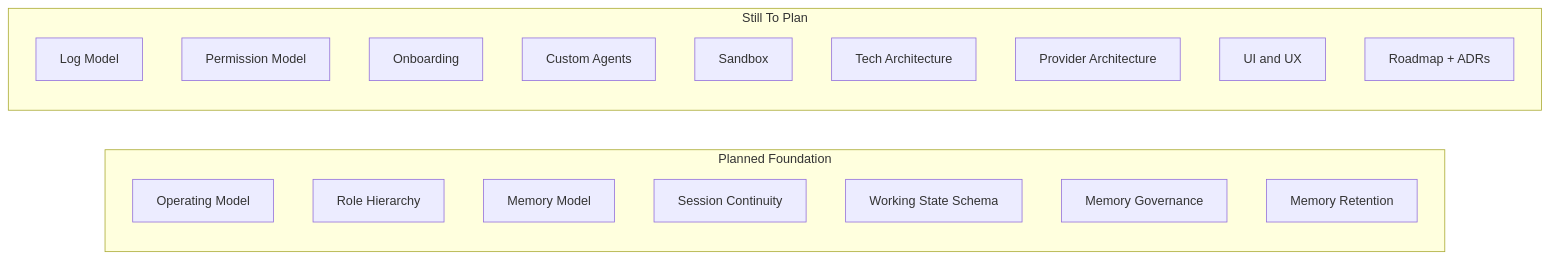
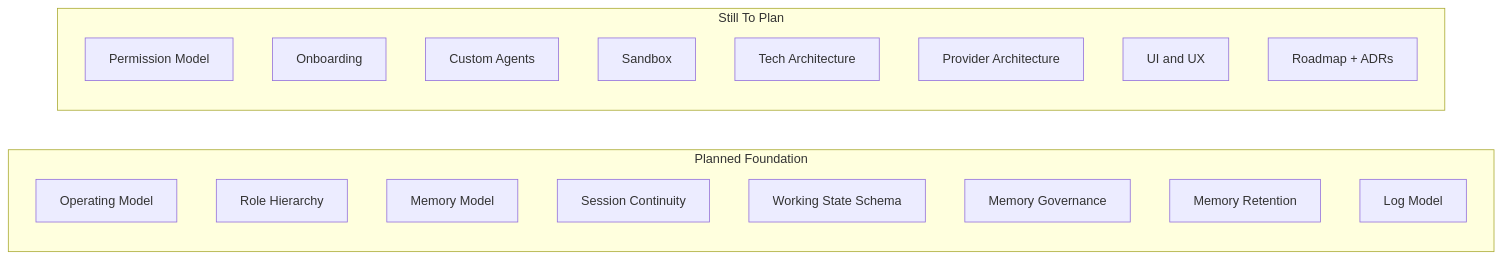
The diagram in docs/planning-status.md (wessel05j/PAOS), drawn with Mermaid before and after one commit. The commit also changed other lines of this file and 15 other files, not shown here.

Commit message:
Document log model and reorganize foundation docs

````diff
--- a/docs/planning-status.md
+++ b/docs/planning-status.md
@@ -33,24 +50,24 @@
 ```mermaid
 flowchart LR
     subgraph Stable["Planned Foundation"]
         OM[Operating Model]
         RH[Role Hierarchy]
         MM[Memory Model]
         SC[Session Continuity]
         WS[Working State Schema]
         MG[Memory Governance]
         MR[Memory Retention]
+        LM[Log Model]
     end
 
     subgraph Open["Still To Plan"]
-        LM[Log Model]
         PM[Permission Model]
         OB[Onboarding]
         CA[Custom Agents]
         SB[Sandbox]
         TA[Tech Architecture]
         PA[Provider Architecture]
         UX[UI and UX]
         RD[Roadmap + ADRs]
     end
 ```
````
